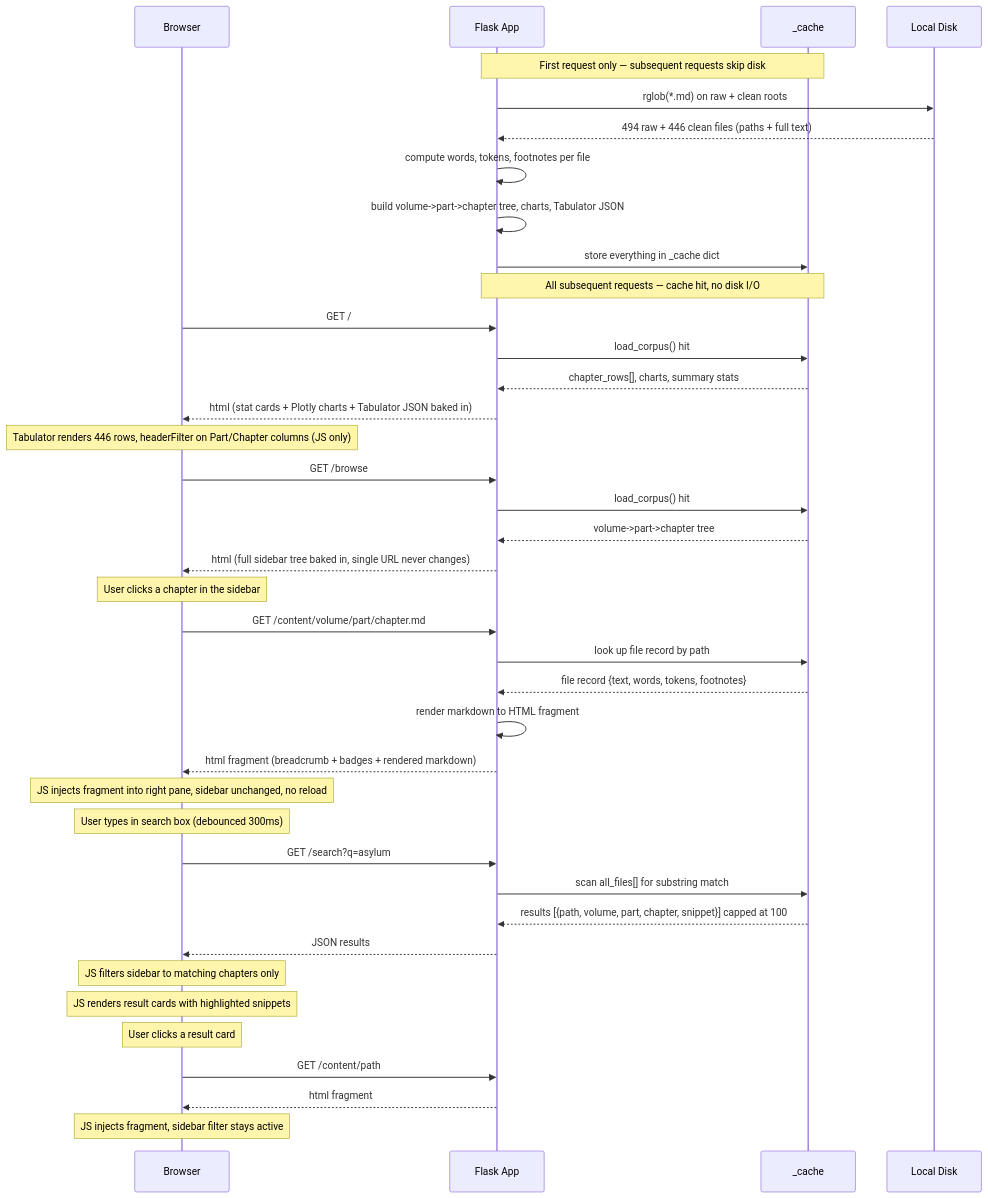
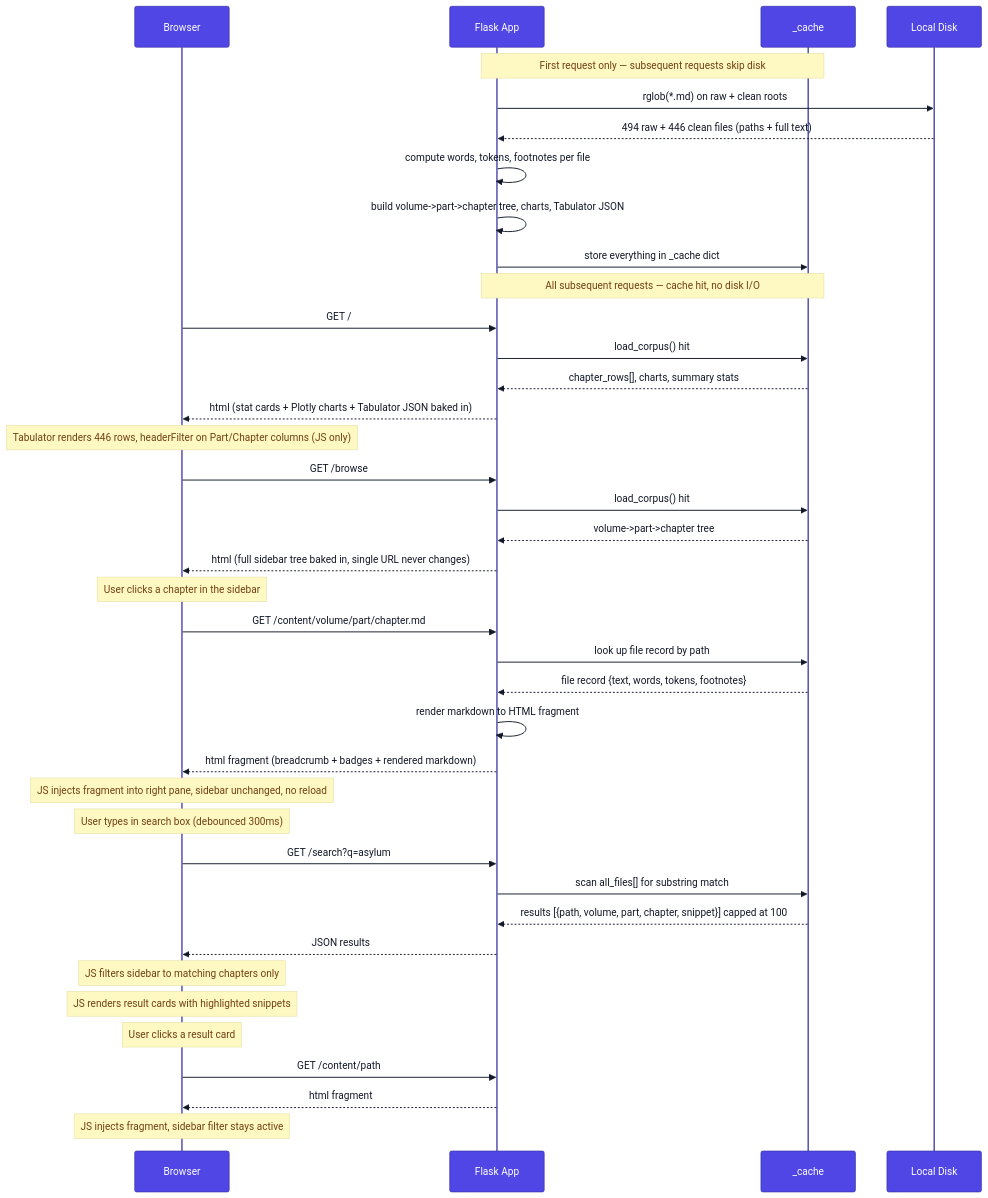
Before and after one commit to segalmax/immigration-rag: the second of 4 diagrams in docs/sequence-diagrams.md, drawn with Mermaid. The commit also changed other lines of this file and 14 other files, not shown here.

First line of the commit message:
Phase 4: upload UI, S3 dashboard, ingestion worker, and OpenSearch schema

````diff
--- a/docs/sequence-diagrams.md
+++ b/docs/sequence-diagrams.md
@@ -48,47 +63,48 @@
 ```mermaid
+%%{init: {'theme': 'base', 'themeVariables': {'primaryColor': '#4f46e5', 'primaryTextColor': '#fff', 'primaryBorderColor': '#3730a3', 'secondaryColor': '#0891b2', 'secondaryTextColor': '#fff', 'tertiaryColor': '#059669', 'tertiaryTextColor': '#fff', 'lineColor': '#6b7280', 'textColor': '#111827', 'noteBkgColor': '#fef9c3', 'noteTextColor': '#713f12', 'activationBkgColor': '#e0e7ff', 'activationBorderColor': '#4f46e5', 'loopTextColor': '#4f46e5', 'labelBoxBkgColor': '#f0fdf4', 'labelBoxBorderColor': '#059669', 'labelTextColor': '#065f46'}}}%%
 sequenceDiagram
     participant C as Browser
     participant F as Flask App
     participant Cache as _cache
     participant D as Local Disk
 
     Note over F,Cache: First request only — subsequent requests skip disk
     F->>D: rglob(*.md) on raw + clean roots
     D-->>F: 494 raw + 446 clean files (paths + full text)
     F->>F: compute words, tokens, footnotes per file
     F->>F: build volume->part->chapter tree, charts, Tabulator JSON
     F->>Cache: store everything in _cache dict
 
     Note over F,Cache: All subsequent requests — cache hit, no disk I/O
     C->>F: GET /
     F->>Cache: load_corpus() hit
     Cache-->>F: chapter_rows[], charts, summary stats
     F-->>C: html (stat cards + Plotly charts + Tabulator JSON baked in)
     Note over C: Tabulator renders 446 rows, headerFilter on Part/Chapter columns (JS only)
 
     C->>F: GET /browse
     F->>Cache: load_corpus() hit
     Cache-->>F: volume->part->chapter tree
     F-->>C: html (full sidebar tree baked in, single URL never changes)
 
     Note over C: User clicks a chapter in the sidebar
     C->>F: GET /content/volume/part/chapter.md
     F->>Cache: look up file record by path
     Cache-->>F: file record {text, words, tokens, footnotes}
     F->>F: render markdown to HTML fragment
     F-->>C: html fragment (breadcrumb + badges + rendered markdown)
     Note over C: JS injects fragment into right pane, sidebar unchanged, no reload
 
     Note over C: User types in search box (debounced 300ms)
     C->>F: GET /search?q=asylum
     F->>Cache: scan all_files[] for substring match
     Cache-->>F: results [{path, volume, part, chapter, snippet}] capped at 100
     F-->>C: JSON results
     Note over C: JS filters sidebar to matching chapters only
     Note over C: JS renders result cards with highlighted snippets
 
     Note over C: User clicks a result card
     C->>F: GET /content/path
     F-->>C: html fragment
     Note over C: JS injects fragment, sidebar filter stays active
 ```
````
